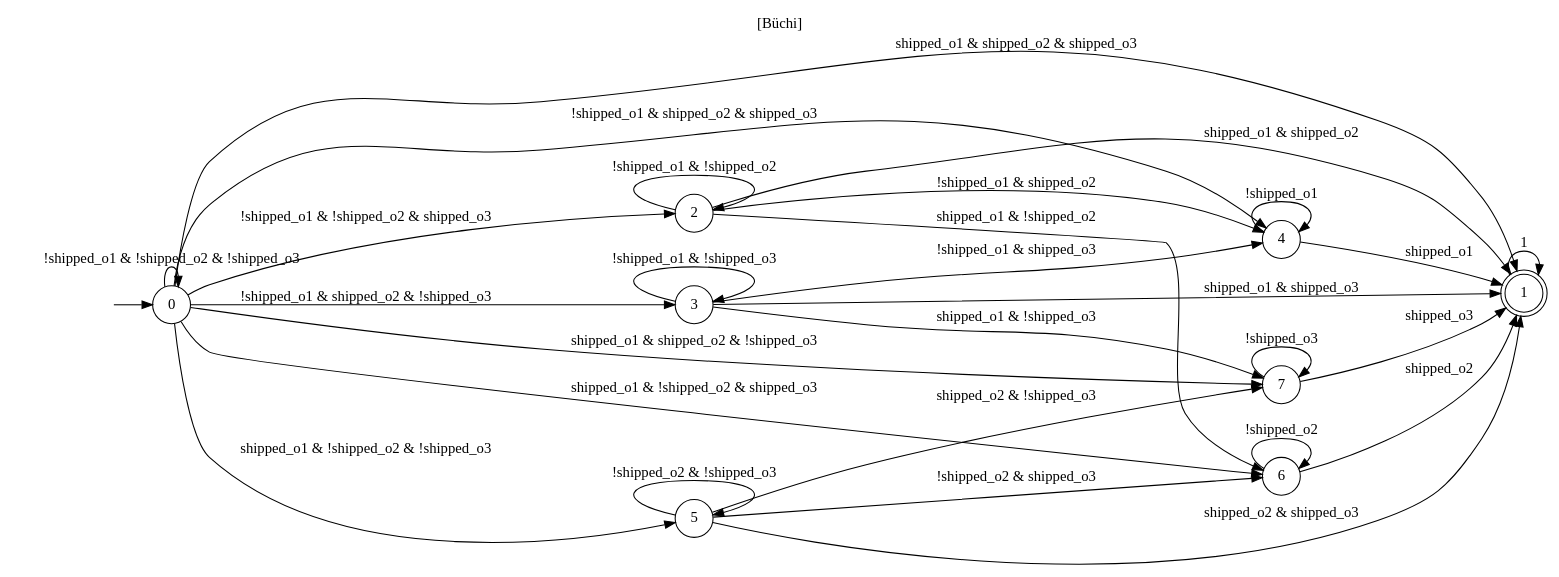
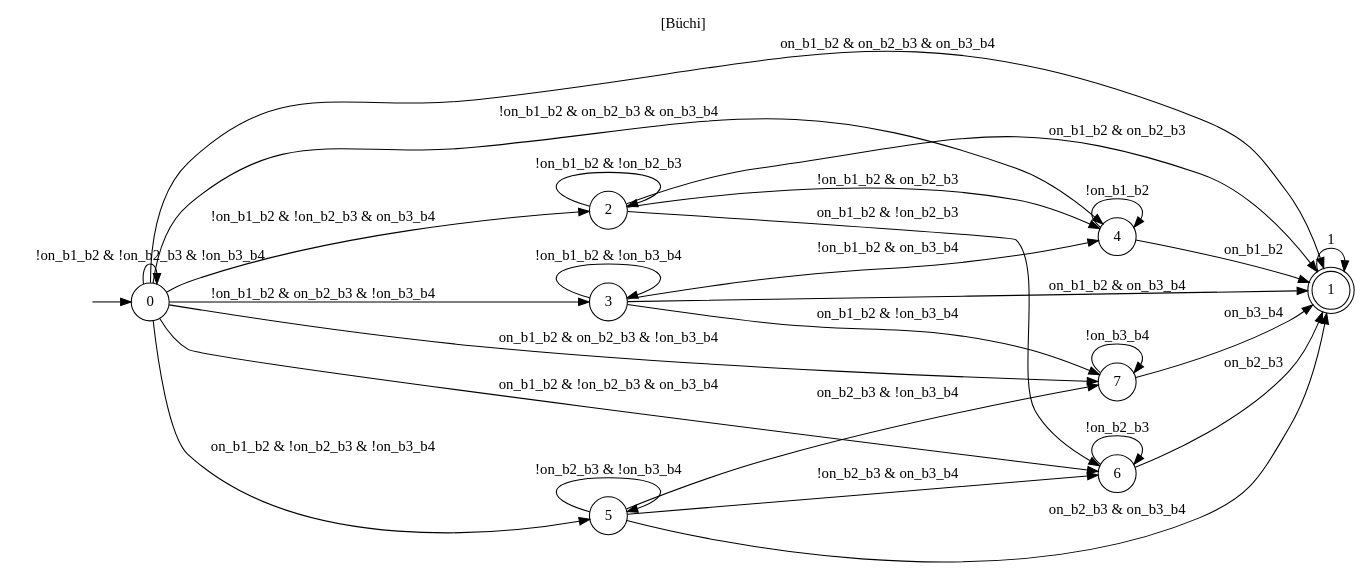
One commit to YuliiaSuprun/Task-Planning-with-TEGs changed the diagram in pddlDfa0.dot. Above: the diagram before and after it, drawn with Graphviz. The commit also changed 22 other files, not shown here.

```diff
--- a/pddlDfa0.dot
+++ b/pddlDfa0.dot
@@ -1,43 +1,43 @@
 digraph "" {
   rankdir=LR
   label="[Büchi]"
   labelloc="t"
   node [shape="circle"]
   I [label="", style=invis, width=0]
   I -> 0
   0 [label="0"]
-  0 -> 0 [label="!shipped_o1 & !shipped_o2 & !shipped_o3"]
-  0 -> 1 [label="shipped_o1 & shipped_o2 & shipped_o3"]
-  0 -> 2 [label="!shipped_o1 & !shipped_o2 & shipped_o3"]
-  0 -> 3 [label="!shipped_o1 & shipped_o2 & !shipped_o3"]
-  0 -> 4 [label="!shipped_o1 & shipped_o2 & shipped_o3"]
-  0 -> 5 [label="shipped_o1 & !shipped_o2 & !shipped_o3"]
-  0 -> 6 [label="shipped_o1 & !shipped_o2 & shipped_o3"]
-  0 -> 7 [label="shipped_o1 & shipped_o2 & !shipped_o3"]
+  0 -> 0 [label="!on_b1_b2 & !on_b2_b3 & !on_b3_b4"]
+  0 -> 1 [label="on_b1_b2 & on_b2_b3 & on_b3_b4"]
+  0 -> 2 [label="!on_b1_b2 & !on_b2_b3 & on_b3_b4"]
+  0 -> 3 [label="!on_b1_b2 & on_b2_b3 & !on_b3_b4"]
+  0 -> 4 [label="!on_b1_b2 & on_b2_b3 & on_b3_b4"]
+  0 -> 5 [label="on_b1_b2 & !on_b2_b3 & !on_b3_b4"]
+  0 -> 6 [label="on_b1_b2 & !on_b2_b3 & on_b3_b4"]
+  0 -> 7 [label="on_b1_b2 & on_b2_b3 & !on_b3_b4"]
   1 [label="1", peripheries=2]
   1 -> 1 [label="1"]
   2 [label="2"]
-  2 -> 1 [label="shipped_o1 & shipped_o2"]
-  2 -> 2 [label="!shipped_o1 & !shipped_o2"]
-  2 -> 4 [label="!shipped_o1 & shipped_o2"]
-  2 -> 6 [label="shipped_o1 & !shipped_o2"]
+  2 -> 1 [label="on_b1_b2 & on_b2_b3"]
+  2 -> 2 [label="!on_b1_b2 & !on_b2_b3"]
+  2 -> 4 [label="!on_b1_b2 & on_b2_b3"]
+  2 -> 6 [label="on_b1_b2 & !on_b2_b3"]
   3 [label="3"]
-  3 -> 1 [label="shipped_o1 & shipped_o3"]
-  3 -> 3 [label="!shipped_o1 & !shipped_o3"]
-  3 -> 4 [label="!shipped_o1 & shipped_o3"]
-  3 -> 7 [label="shipped_o1 & !shipped_o3"]
+  3 -> 1 [label="on_b1_b2 & on_b3_b4"]
+  3 -> 3 [label="!on_b1_b2 & !on_b3_b4"]
+  3 -> 4 [label="!on_b1_b2 & on_b3_b4"]
+  3 -> 7 [label="on_b1_b2 & !on_b3_b4"]
   4 [label="4"]
-  4 -> 1 [label="shipped_o1"]
-  4 -> 4 [label="!shipped_o1"]
+  4 -> 1 [label="on_b1_b2"]
+  4 -> 4 [label="!on_b1_b2"]
   5 [label="5"]
-  5 -> 1 [label="shipped_o2 & shipped_o3"]
-  5 -> 5 [label="!shipped_o2 & !shipped_o3"]
-  5 -> 6 [label="!shipped_o2 & shipped_o3"]
-  5 -> 7 [label="shipped_o2 & !shipped_o3"]
+  5 -> 1 [label="on_b2_b3 & on_b3_b4"]
+  5 -> 5 [label="!on_b2_b3 & !on_b3_b4"]
+  5 -> 6 [label="!on_b2_b3 & on_b3_b4"]
+  5 -> 7 [label="on_b2_b3 & !on_b3_b4"]
   6 [label="6"]
-  6 -> 1 [label="shipped_o2"]
-  6 -> 6 [label="!shipped_o2"]
+  6 -> 1 [label="on_b2_b3"]
+  6 -> 6 [label="!on_b2_b3"]
   7 [label="7"]
-  7 -> 1 [label="shipped_o3"]
-  7 -> 7 [label="!shipped_o3"]
+  7 -> 1 [label="on_b3_b4"]
+  7 -> 7 [label="!on_b3_b4"]
 }
```
